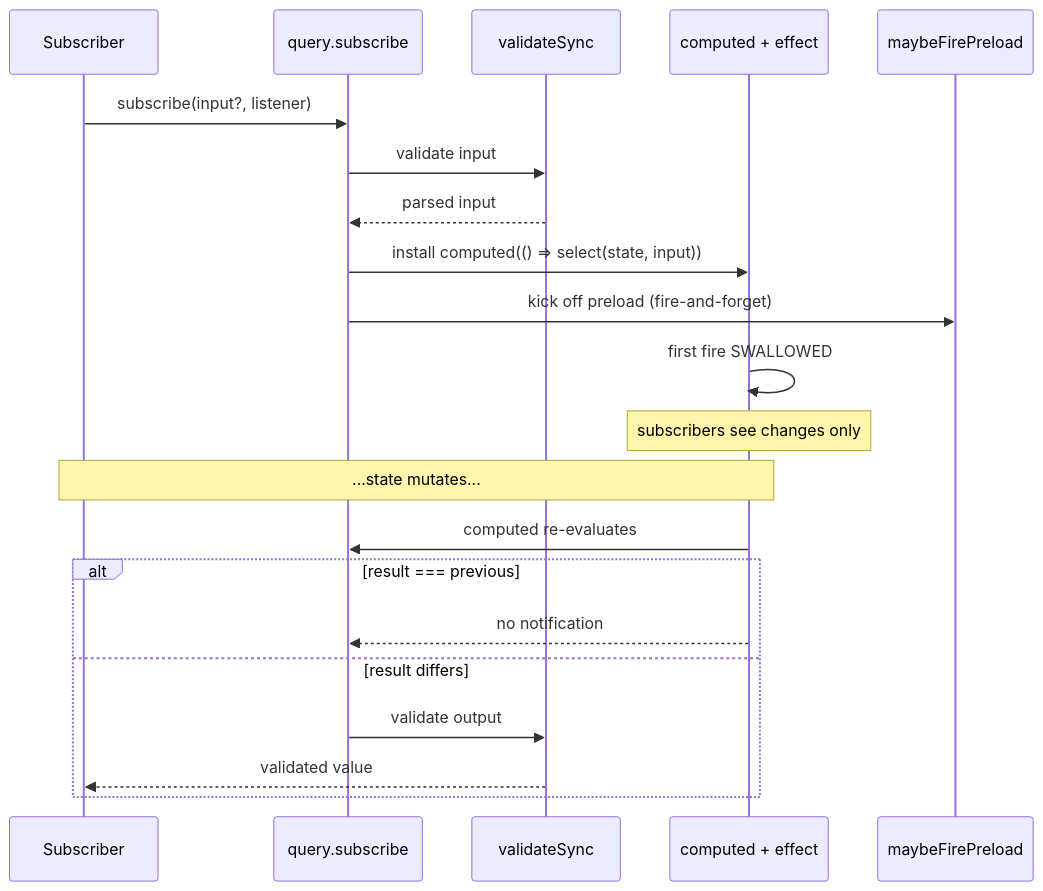
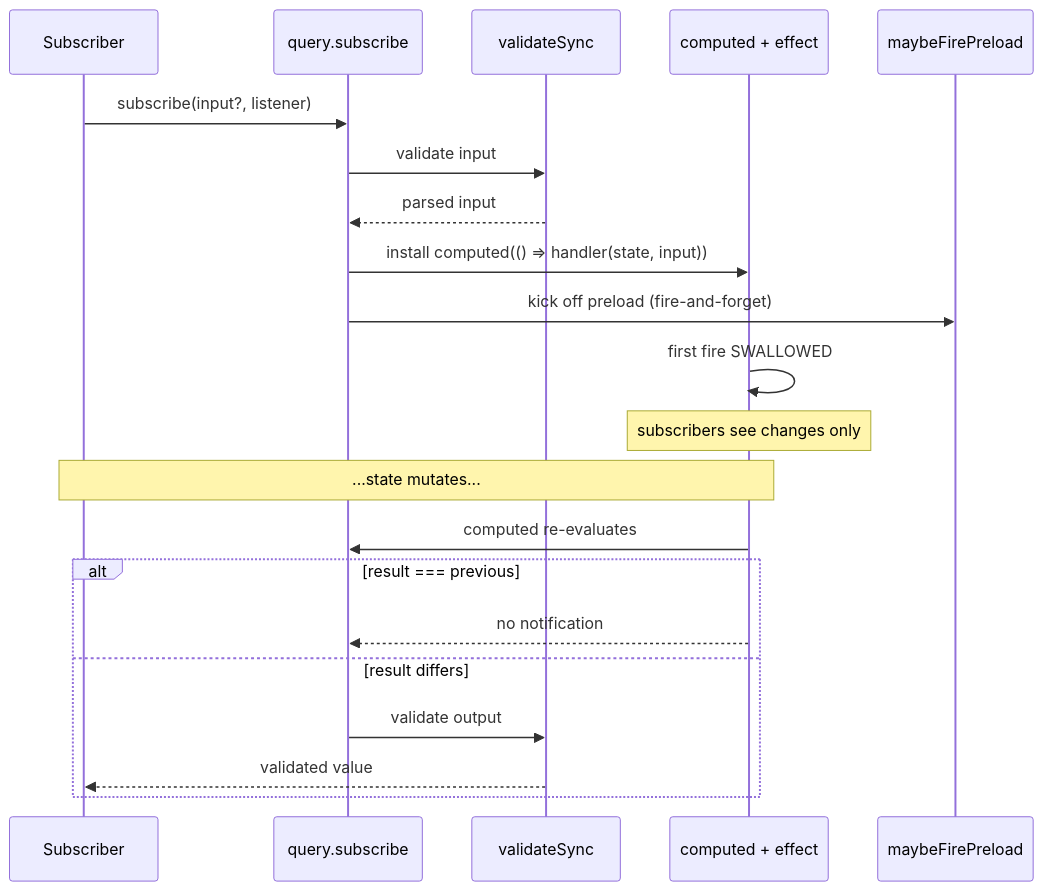
Before and after one commit to storybookjs/storybook: the third of 5 diagrams in code/core/src/service/README.md, drawn with Mermaid. The commit also changed other lines of this file and 11 other files, not shown here.

First line of the commit message:
feat(service): update query definitions to use 'handler' instead of 'select'

````diff
--- a/code/core/src/service/README.md
+++ b/code/core/src/service/README.md
@@ -223,26 +223,26 @@
 ```mermaid
 sequenceDiagram
   participant Subscriber
   participant Runtime as query.subscribe
   participant Schema as validateSync
   participant Signals as computed + effect
   participant Preload as maybeFirePreload
 
   Subscriber->>Runtime: subscribe(input?, listener)
   Runtime->>Schema: validate input
   Schema-->>Runtime: parsed input
-  Runtime->>Signals: install computed(() => select(state, input))
+  Runtime->>Signals: install computed(() => handler(state, input))
   Runtime->>Preload: kick off preload (fire-and-forget)
   Signals->>Signals: first fire SWALLOWED
   Note over Signals: subscribers see changes only
 
   Note over Subscriber,Signals: ...state mutates...
 
   Signals->>Runtime: computed re-evaluates
   alt result === previous
     Signals-->>Runtime: no notification
   else result differs
     Runtime->>Schema: validate output
     Schema-->>Subscriber: validated value
   end
 ```
````
